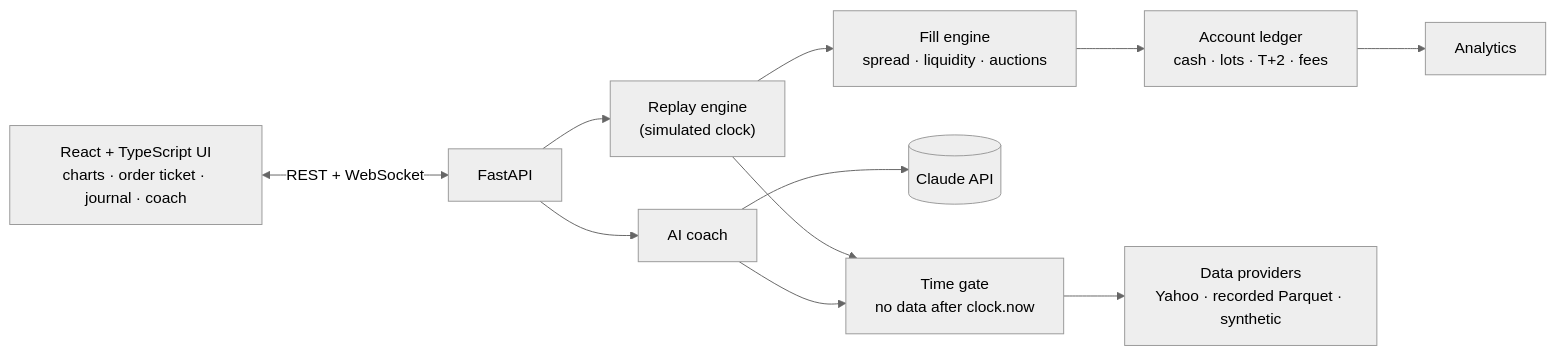
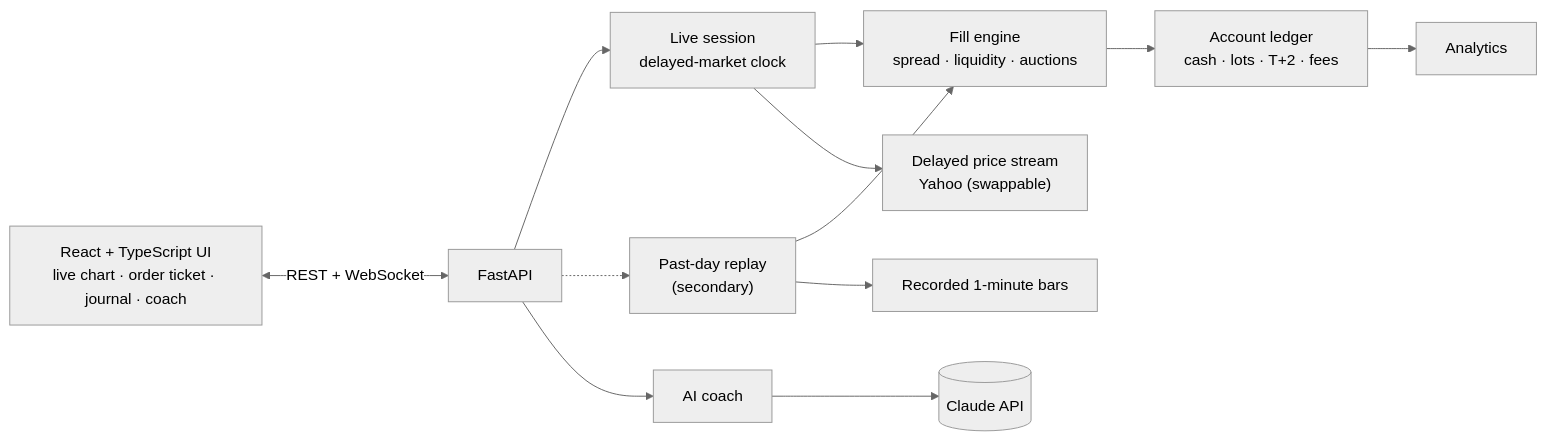
One commit to AryavKarthik/ASX-sim changed the diagram in README.md. Above: the diagram before and after it, drawn with Mermaid (neutral theme). The commit also changed other lines of this file and 3 other files, not shown here.

First line of the commit message:
docs: make live trading on delayed data the core of ASX-sim

````diff
--- a/README.md
+++ b/README.md
@@ -55,11 +71,12 @@
 ```mermaid
 flowchart LR
-    UI["React + TypeScript UI<br/>charts · order ticket · journal · coach"] <-->|REST + WebSocket| API[FastAPI]
-    API --> Replay["Replay engine<br/>(simulated clock)"]
-    Replay --> Fill["Fill engine<br/>spread · liquidity · auctions"]
+    UI["React + TypeScript UI<br/>live chart · order ticket · journal · coach"] <-->|REST + WebSocket| API[FastAPI]
+    API --> Live["Live session<br/>delayed-market clock"]
+    API -.-> Replay["Past-day replay<br/>(secondary)"]
+    Live & Replay --> Fill["Fill engine<br/>spread · liquidity · auctions"]
     Fill --> Ledger["Account ledger<br/>cash · lots · T+2 · fees"]
     Ledger --> Analytics
     API --> Coach["AI coach"] --> Claude[(Claude API)]
-    Replay & Coach --> Gate["Time gate<br/>no data after clock.now"]
-    Gate --> Providers["Data providers<br/>Yahoo · recorded Parquet · synthetic"]
+    Live --> Feed["Delayed price stream<br/>Yahoo (swappable)"]
+    Replay --> Store["Recorded 1-minute bars"]
 ```
````
